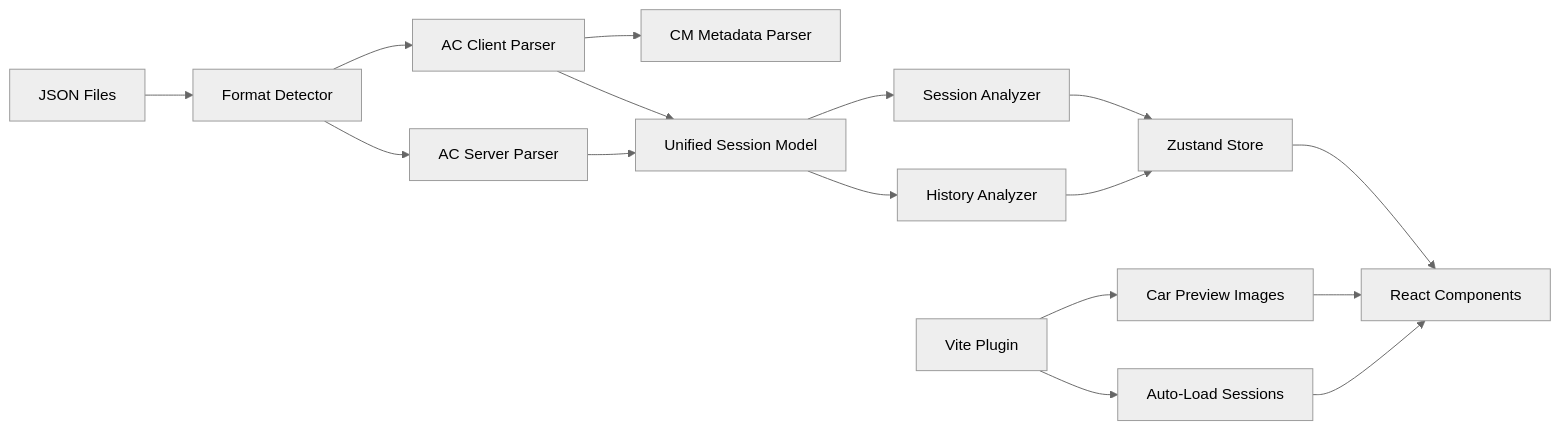
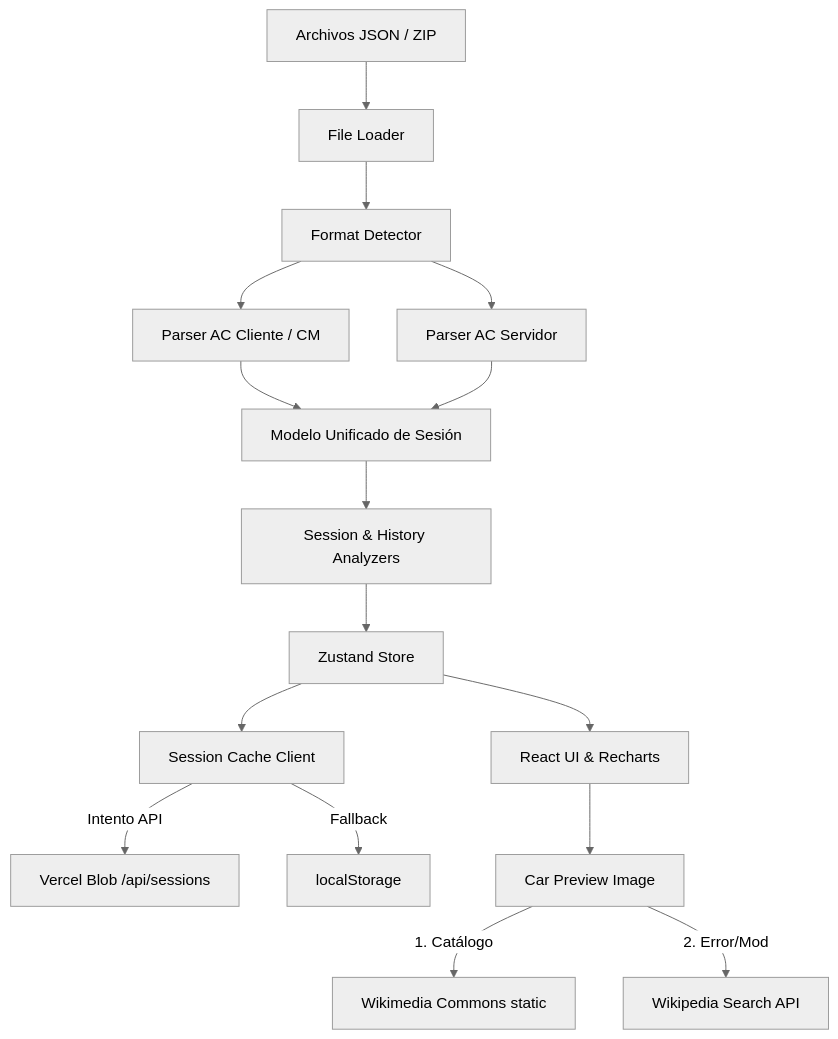
Before and after one commit to DEMG-DEV/RGDev.App.AssettoCorsaResultsAnalizer: the diagram in README.md, drawn with Mermaid (neutral theme). The commit also changed other lines of this file and 5 other files, not shown here.

First line of the commit message:
docs: update README and AI specs to align with pure Vercel SPA architecture

````diff
--- a/README.md
+++ b/README.md
@@ -195,15 +133,21 @@
 ```mermaid
-graph LR
-    A[JSON Files] --> B[Format Detector]
-    B --> C[AC Client Parser]
-    B --> D[AC Server Parser]
-    C --> E[CM Metadata Parser]
-    C & D --> F[Unified Session Model]
-    F --> G[Session Analyzer]
-    F --> H[History Analyzer]
-    G & H --> I[Zustand Store]
-    I --> J[React Components]
-    K[Vite Plugin] --> L[Car Preview Images]
-    K --> M[Auto-Load Sessions]
-    L & M --> J
+graph TD
+    A[Archivos JSON / ZIP] --> B[File Loader]
+    B --> C[Format Detector]
+    C --> D[Parser AC Cliente / CM]
+    C --> E[Parser AC Servidor]
+    D & E --> F[Modelo Unificado de Sesión]
+    F --> G[Session & History Analyzers]
+    G --> H[Zustand Store]
+    H --> I[React UI & Recharts]
+    
+    %% Flujo de persistencia
+    H --> J[Session Cache Client]
+    J -->|Intento API| K[Vercel Blob /api/sessions]
+    J -->|Fallback| L[localStorage]
+    
+    %% Flujo de imágenes
+    I --> M[Car Preview Image]
+    M -->|1. Catálogo| N[Wikimedia Commons static]
+    M -->|2. Error/Mod| O[Wikipedia Search API]
 ```
````
